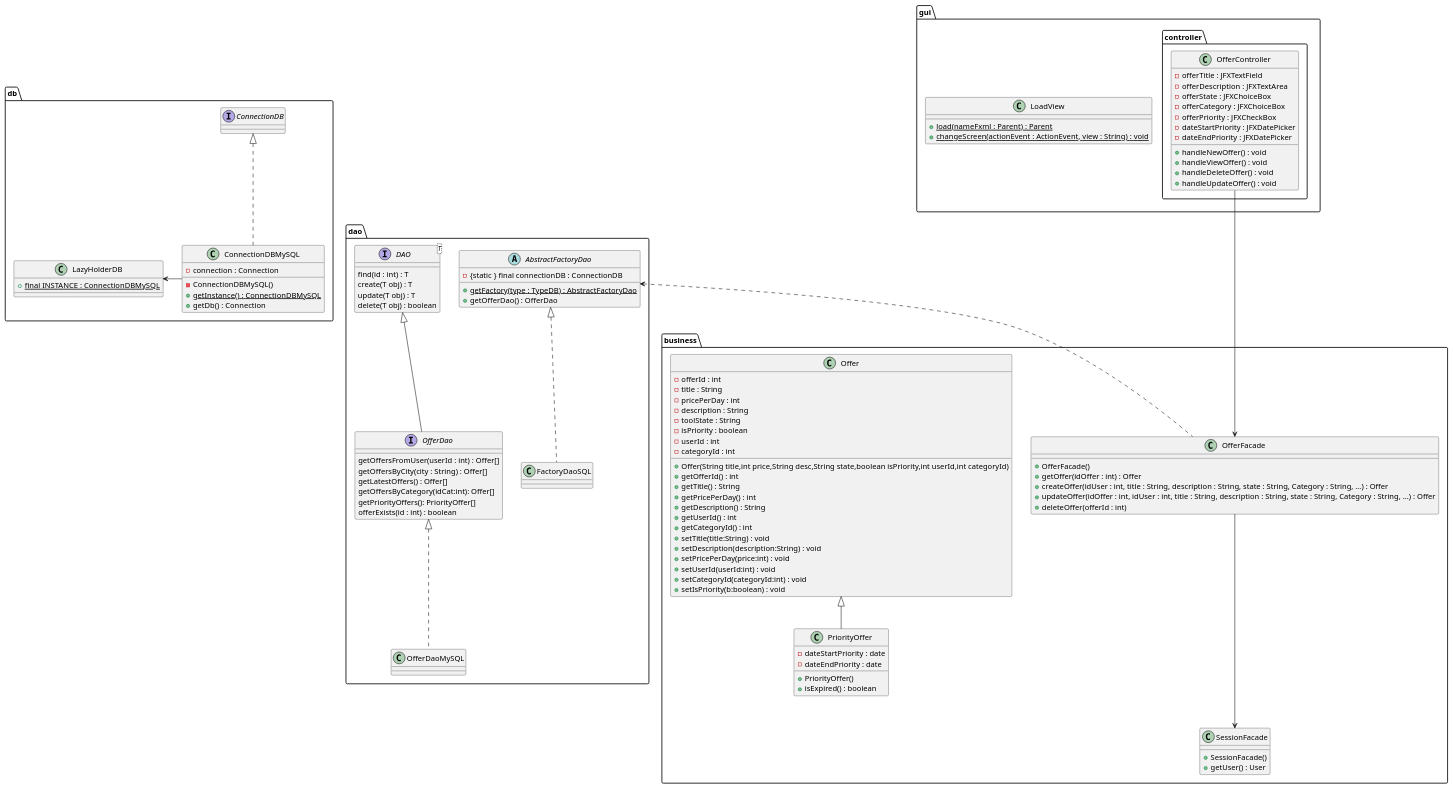
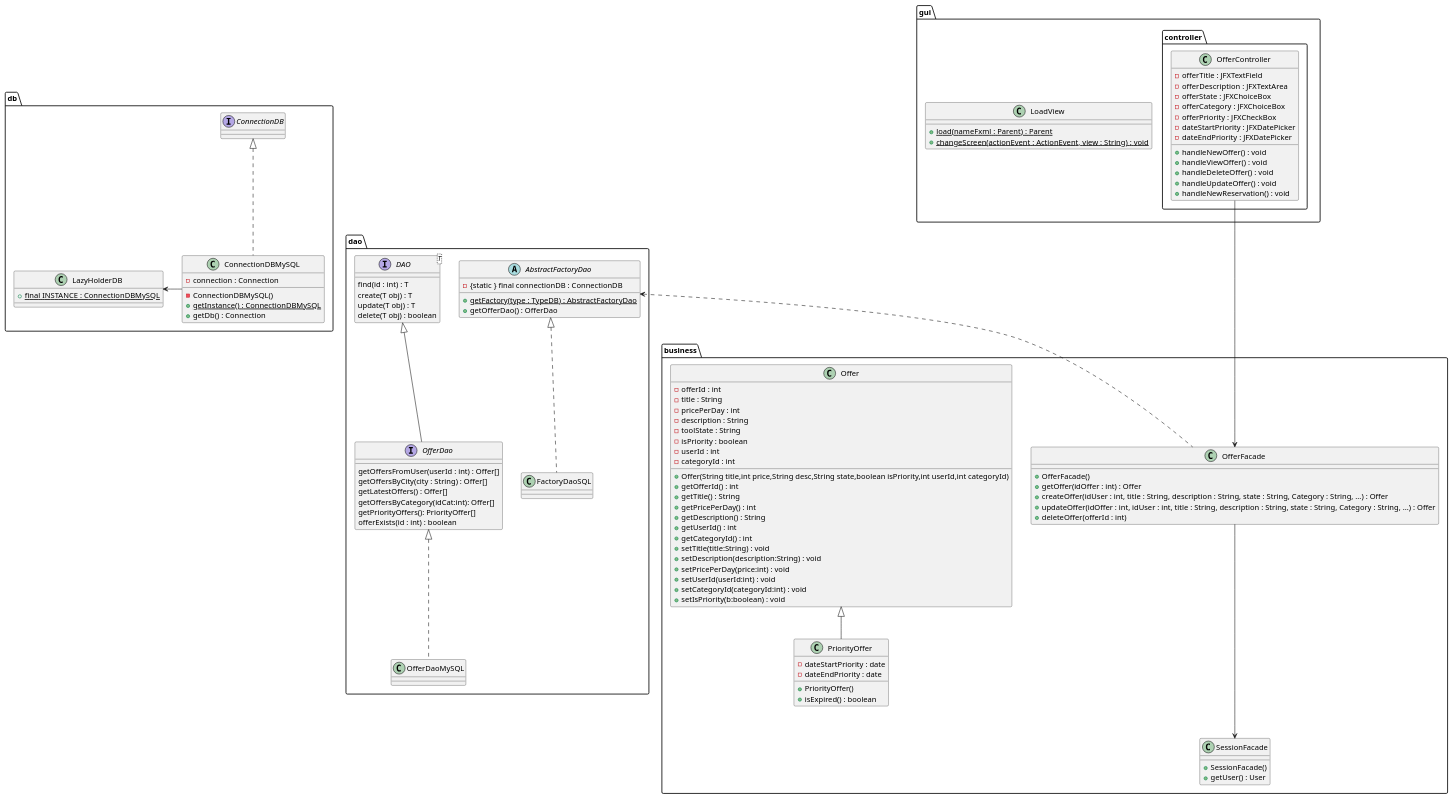
The diagram in documents/diagram/offer/offerClass.puml (LaunoisRemy/ToolShare), drawn with PlantUML before and after one commit.

Commit message:
UPDATE : offer class diagram to add reservation

```diff
--- a/documents/diagram/offer/offerClass.puml
+++ b/documents/diagram/offer/offerClass.puml
@@ -1,134 +1,135 @@
 @startuml
 
 package dao {
 
 
     interface OfferDao{
         getOffersFromUser(userId : int) : Offer[]
         getOffersByCity(city : String) : Offer[]
         getLatestOffers() : Offer[]
         getOffersByCategory(idCat:int): Offer[]
         getPriorityOffers(): PriorityOffer[]
         offerExists(id : int) : boolean
     }
     class OfferDaoMySQL
     FactoryDaoSQL .up.|> AbstractFactoryDao
     OfferDaoMySQL .up.|> OfferDao
 
 
     interface DAO<T>{
         find(id : int) : T
         create(T obj) : T
         update(T obj) : T
         delete(T obj) : boolean
     }
 
     abstract AbstractFactoryDao{
         - {static } final connectionDB : ConnectionDB
         + {static} getFactory(type : TypeDB) : AbstractFactoryDao
         + getOfferDao() : OfferDao
     }
 
     class FactoryDaoSQL{
     }
 
 
     DAO <|-- OfferDao
 }
 package db{
     class ConnectionDBMySQL{
         - connection : Connection
         - ConnectionDBMySQL()
         + {static} getInstance() : ConnectionDBMySQL
         + getDb() : Connection
     }
 
     class LazyHolderDB{
         + {static} final INSTANCE : ConnectionDBMySQL
     }
     interface ConnectionDB
     ConnectionDBMySQL -Left-> LazyHolderDB
     ConnectionDBMySQL .up.|> ConnectionDB
 
 }
 package business{
     class SessionFacade{
         + SessionFacade()
         + getUser() : User
     }
 
     class Offer{
         -offerId : int
         -title : String
         -pricePerDay : int
         -description : String
         -toolState : String
         -isPriority : boolean
         -userId : int
         -categoryId : int
         + Offer(String title,int price,String desc,String state,boolean isPriority,int userId,int categoryId)
         + getOfferId() : int
         + getTitle() : String
         + getPricePerDay() : int
         + getDescription() : String
         + getUserId() : int
         + getCategoryId() : int
         + setTitle(title:String) : void
         + setDescription(description:String) : void
         + setPricePerDay(price:int) : void
         + setUserId(userId:int) : void
         + setCategoryId(categoryId:int) : void
         + setIsPriority(b:boolean) : void
     }
 
     class PriorityOffer{
         -dateStartPriority : date
         -dateEndPriority : date
         +PriorityOffer()
         +isExpired() : boolean
     }
     class OfferFacade{
         + OfferFacade()
         + getOffer(idOffer : int) : Offer
         + createOffer(idUser : int, title : String, description : String, state : String, Category : String, ...) : Offer
         + updateOffer(idOffer : int, idUser : int, title : String, description : String, state : String, Category : String, ...) : Offer
         + deleteOffer(offerId : int)
     }
 
         Offer <|-- PriorityOffer
 
 
 }
 
 package gui{
 
     class LoadView{
         + {static} load(nameFxml : Parent) : Parent
         + {static} changeScreen(actionEvent : ActionEvent, view : String) : void
     }
 
     package controller{
         class OfferController{
             -offerTitle : JFXTextField
             -offerDescription : JFXTextArea
             -offerState : JFXChoiceBox
             -offerCategory : JFXChoiceBox
             -offerPriority : JFXCheckBox
             -dateStartPriority : JFXDatePicker
             -dateEndPriority : JFXDatePicker
             + handleNewOffer() : void
             + handleViewOffer() : void
             + handleDeleteOffer() : void
             + handleUpdateOffer() : void
+            + handleNewReservation() : void
 
         }
 
     }
 }
 OfferFacade <--Up- OfferController
 SessionFacade <--Up- OfferFacade
 OfferFacade .Up.> AbstractFactoryDao
 
 
 
 @enduml
```
